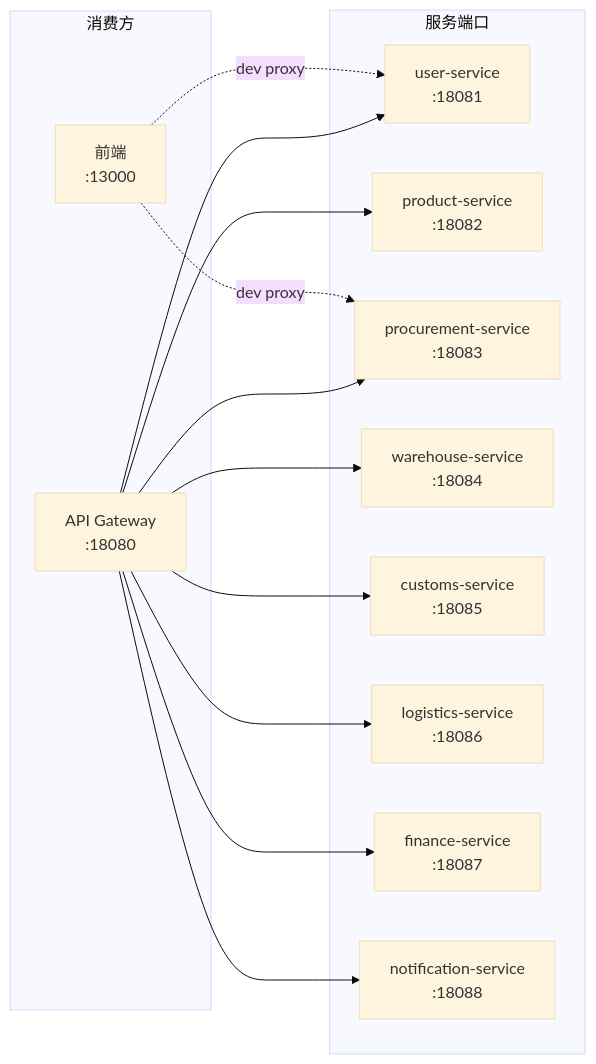
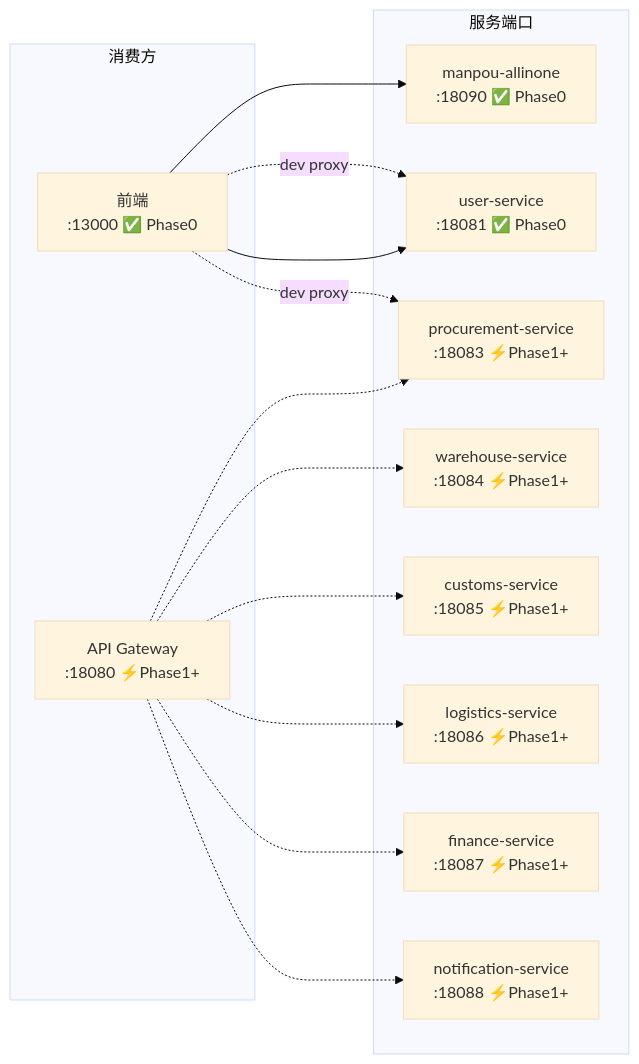
One commit to jieraltjp/ManpouChinaSystem changed the fourth of 6 diagrams in docs/ui/ARCHITECTURE.md. Above: the diagram before and after it, drawn with Mermaid (base theme). The commit also changed other lines of this file and 4 other files, not shown here.

First line of the commit message:
fix: API Gateway 路由 + 多文档 API 路径/架构图全面对齐 Phase 0

````diff
--- a/docs/ui/ARCHITECTURE.md
+++ b/docs/ui/ARCHITECTURE.md
@@ -130,30 +134,30 @@
 ```mermaid
 graph LR
     subgraph Ports["服务端口"]
-        P81["user-service\n:18081"]
-        P82["product-service\n:18082"]
-        P83["procurement-service\n:18083"]
-        P84["warehouse-service\n:18084"]
-        P85["customs-service\n:18085"]
-        P86["logistics-service\n:18086"]
-        P87["finance-service\n:18087"]
-        P88["notification-service\n:18088"]
+        P90["manpou-allinone\n:18090 ✅ Phase0"]
+        P81["user-service\n:18081 ✅ Phase0"]
+        P83["procurement-service\n:18083 ⚡Phase1+"]
+        P84["warehouse-service\n:18084 ⚡Phase1+"]
+        P85["customs-service\n:18085 ⚡Phase1+"]
+        P86["logistics-service\n:18086 ⚡Phase1+"]
+        P87["finance-service\n:18087 ⚡Phase1+"]
+        P88["notification-service\n:18088 ⚡Phase1+"]
     end
 
     subgraph Clients["消费方"]
-        GW["API Gateway\n:18080"]
-        WEB["前端\n:13000"]
+        GW["API Gateway\n:18080 ⚡Phase1+"]
+        WEB["前端\n:13000 ✅ Phase0"]
     end
 
-    GW --> P81
-    GW --> P82
-    GW --> P83
-    GW --> P84
-    GW --> P85
-    GW --> P86
-    GW --> P87
-    GW --> P88
+    WEB --> P90
+    WEB --> P81
+    GW -.-> P83
+    GW -.-> P84
+    GW -.-> P85
+    GW -.-> P86
+    GW -.-> P87
+    GW -.-> P88
 
     WEB -.->|"dev proxy"| P81
     WEB -.->|"dev proxy"| P83
 ```
````
